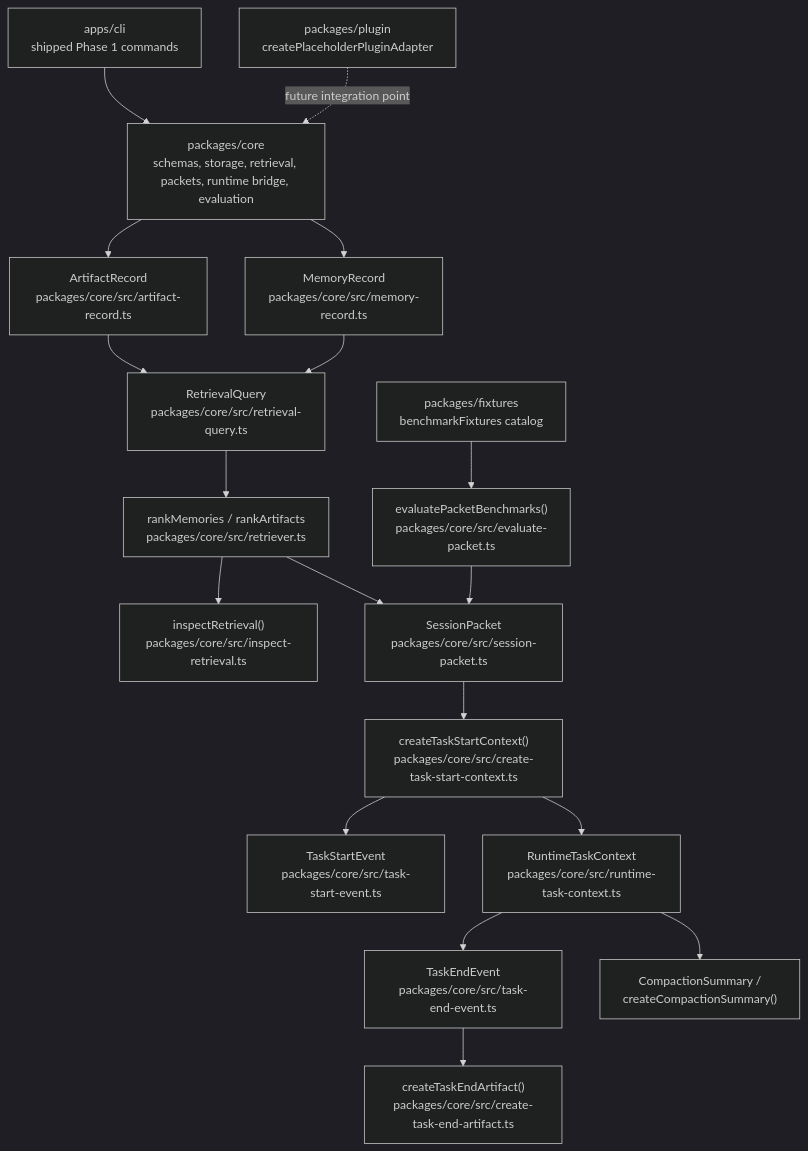
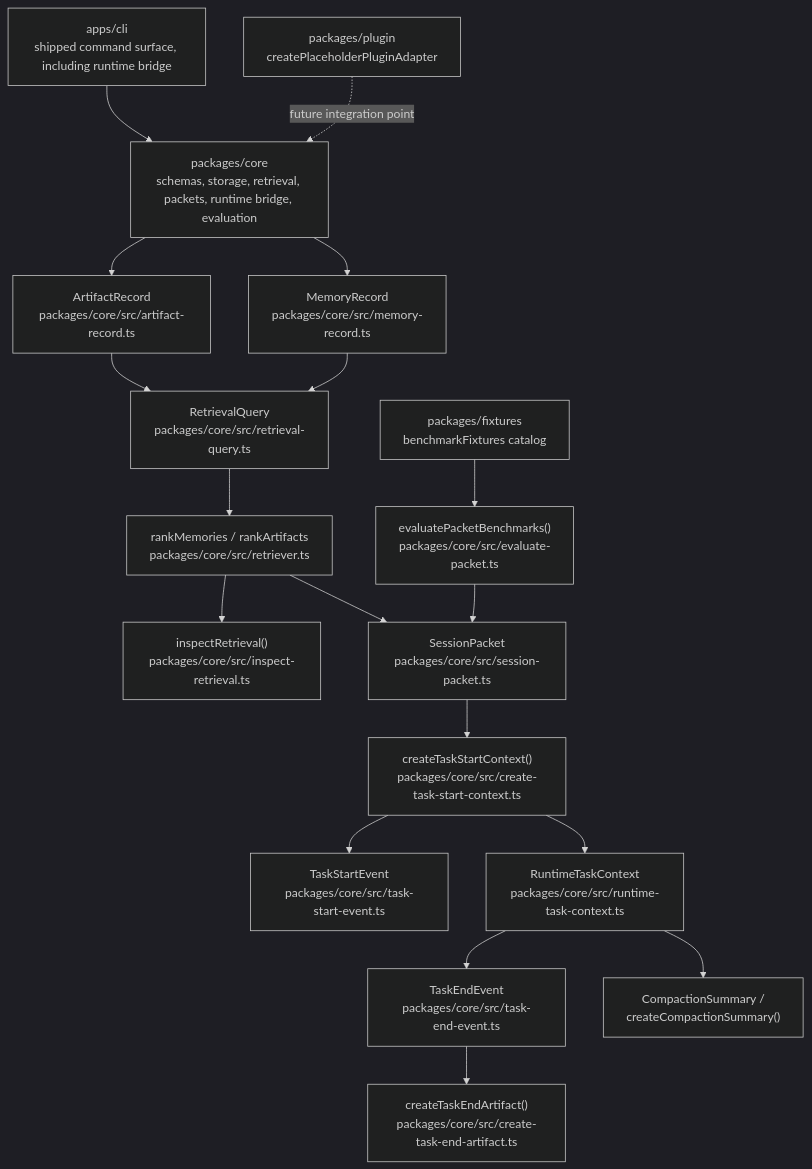
Before and after one commit to aron98/meta-harness: the diagram in docs/architecture/current-architecture.md, drawn with Mermaid (dark theme). The commit also changed other lines of this file and 17 other files, not shown here.

First line of the commit message:
feat: add phase 2 runtime bridge CLI (#15)

````diff
--- a/docs/architecture/current-architecture.md
+++ b/docs/architecture/current-architecture.md
@@ -12,39 +12,39 @@
 ```mermaid
 flowchart TD
-    CLI["apps/cli\nshipped Phase 1 commands"]
+    CLI["apps/cli\nshipped command surface, including runtime bridge"]
     Core["packages/core\nschemas, storage, retrieval, packets, runtime bridge, evaluation"]
     Fixtures["packages/fixtures\nbenchmarkFixtures catalog"]
     Plugin["packages/plugin\ncreatePlaceholderPluginAdapter"]
 
     Artifact["ArtifactRecord\npackages/core/src/artifact-record.ts"]
     Memory["MemoryRecord\npackages/core/src/memory-record.ts"]
     Query["RetrievalQuery\npackages/core/src/retrieval-query.ts"]
     Rank["rankMemories / rankArtifacts\npackages/core/src/retriever.ts"]
     Inspect["inspectRetrieval()\npackages/core/src/inspect-retrieval.ts"]
     Packet["SessionPacket\npackages/core/src/session-packet.ts"]
     StartCtx["createTaskStartContext()\npackages/core/src/create-task-start-context.ts"]
     StartEvent["TaskStartEvent\npackages/core/src/task-start-event.ts"]
     RuntimeCtx["RuntimeTaskContext\npackages/core/src/runtime-task-context.ts"]
     EndEvent["TaskEndEvent\npackages/core/src/task-end-event.ts"]
     EndArtifact["createTaskEndArtifact()\npackages/core/src/create-task-end-artifact.ts"]
     Compact["CompactionSummary /\ncreateCompactionSummary()"]
     Eval["evaluatePacketBenchmarks()\npackages/core/src/evaluate-packet.ts"]
 
     CLI --> Core
     Fixtures --> Eval
     Core --> Artifact
     Core --> Memory
     Artifact --> Query
     Memory --> Query
     Query --> Rank
     Rank --> Inspect
     Rank --> Packet
     Packet --> StartCtx
     StartCtx --> StartEvent
     StartCtx --> RuntimeCtx
     RuntimeCtx --> EndEvent
     EndEvent --> EndArtifact
     RuntimeCtx --> Compact
     Eval --> Packet
     Plugin -. future integration point .-> Core
 ```
````
